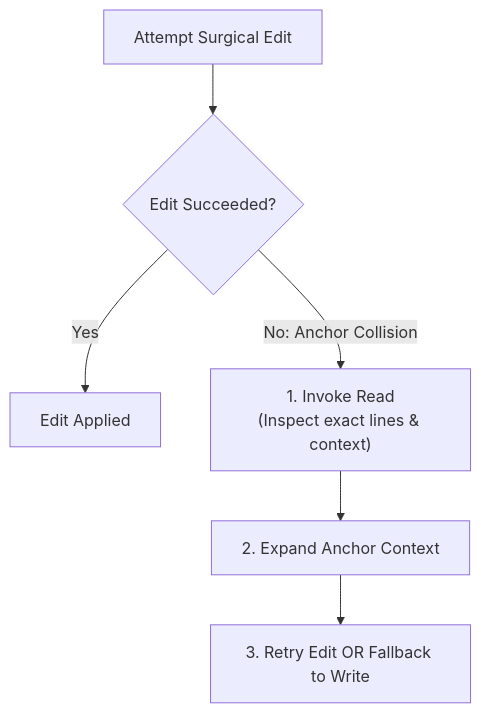
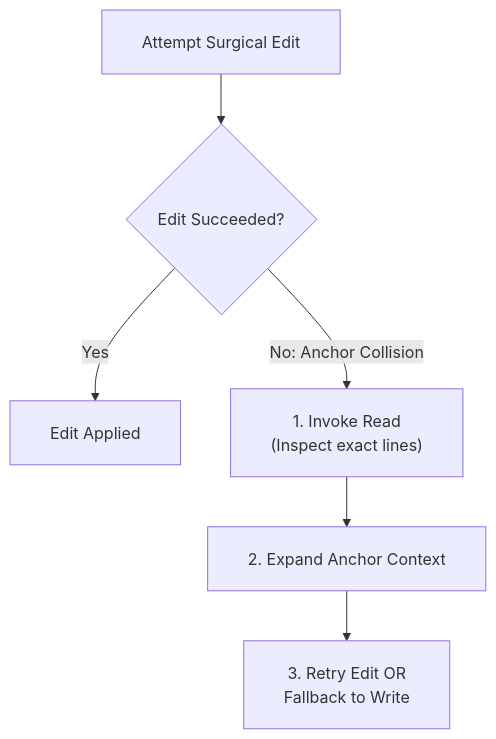
Before and after one commit to dip4k/claude_cert_architect_foundation_prep: the fourth of 5 diagrams in domain2/KEY_CONCEPTS.md, drawn with Mermaid. The commit also changed other lines of this file and 31 other files, not shown here.

First line of the commit message:
docs(diagrams): fix text trimming, padding, and layout in all mermaid diagrams

````diff
--- a/domain2/KEY_CONCEPTS.md
+++ b/domain2/KEY_CONCEPTS.md
@@ -242,8 +245,9 @@
 ```mermaid
+%%{init: {"flowchart": {"htmlLabels": true, "padding": 20}}}%%
 flowchart TD
     Start["Attempt Surgical Edit"] --> Check{"Edit Succeeded?"}
     Check -->|Yes| Done["Edit Applied"]
-    Check -->|No: Anchor Collision| Read["1. Invoke Read<br/>(Inspect exact lines & context)"]
+    Check -->|No: Anchor Collision| Read["1. Invoke Read<br/>(Inspect exact lines)"]
     Read --> Reconcile["2. Expand Anchor Context"]
-    Reconcile --> Fallback["3. Retry Edit OR Fallback to Write"]
+    Reconcile --> Fallback["3. Retry Edit OR<br/>Fallback to Write"]
 ```
````
